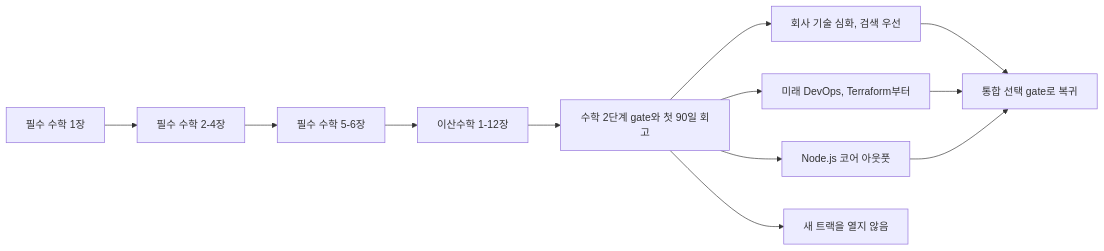
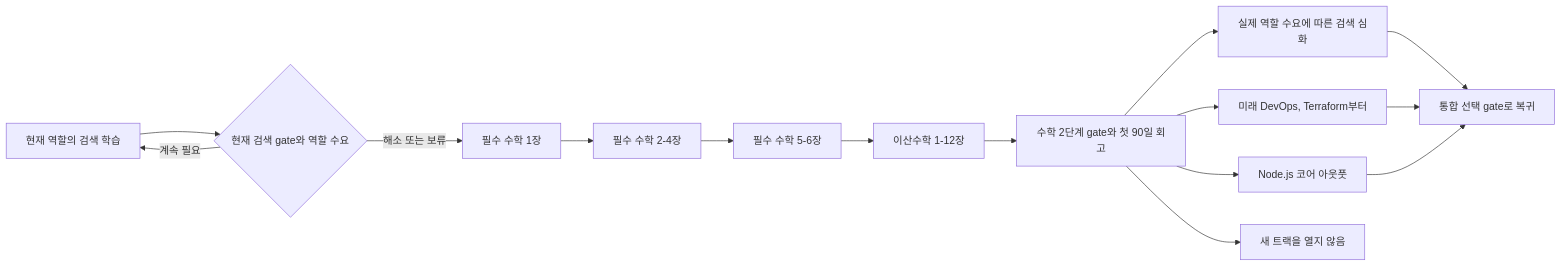
The diagram in fit/growth/learning/roadmaps/2026-H2-Math-Roadmap.md (dc-choi/interview), drawn with Mermaid before and after one commit. The commit also changed other lines of this file and 137 other files, not shown here.

````diff
--- a/fit/growth/learning/roadmaps/2026-H2-Math-Roadmap.md
+++ b/fit/growth/learning/roadmaps/2026-H2-Math-Roadmap.md
@@ -28,14 +29,17 @@
 ```mermaid
 flowchart LR
-  A[필수 수학 1장] --> B[필수 수학 2-4장]
+  S[현재 역할의 검색 학습] --> T{현재 검색 gate와 역할 수요}
+  T -->|계속 필요| S
+  T -->|해소 또는 보류| A[필수 수학 1장]
+  A --> B[필수 수학 2-4장]
   B --> C[필수 수학 5-6장]
   C --> D[이산수학 1-12장]
   D --> E[수학 2단계 gate와 첫 90일 회고]
-  E --> F[회사 기술 심화, 검색 우선]
+  E --> F[실제 역할 수요에 따른 검색 심화]
   E --> V[미래 DevOps, Terraform부터]
   E --> N[Node.js 코어 아웃풋]
   E --> P[새 트랙을 열지 않음]
   F --> G[통합 선택 gate로 복귀]
   V --> G
   N --> G
 ```
````
